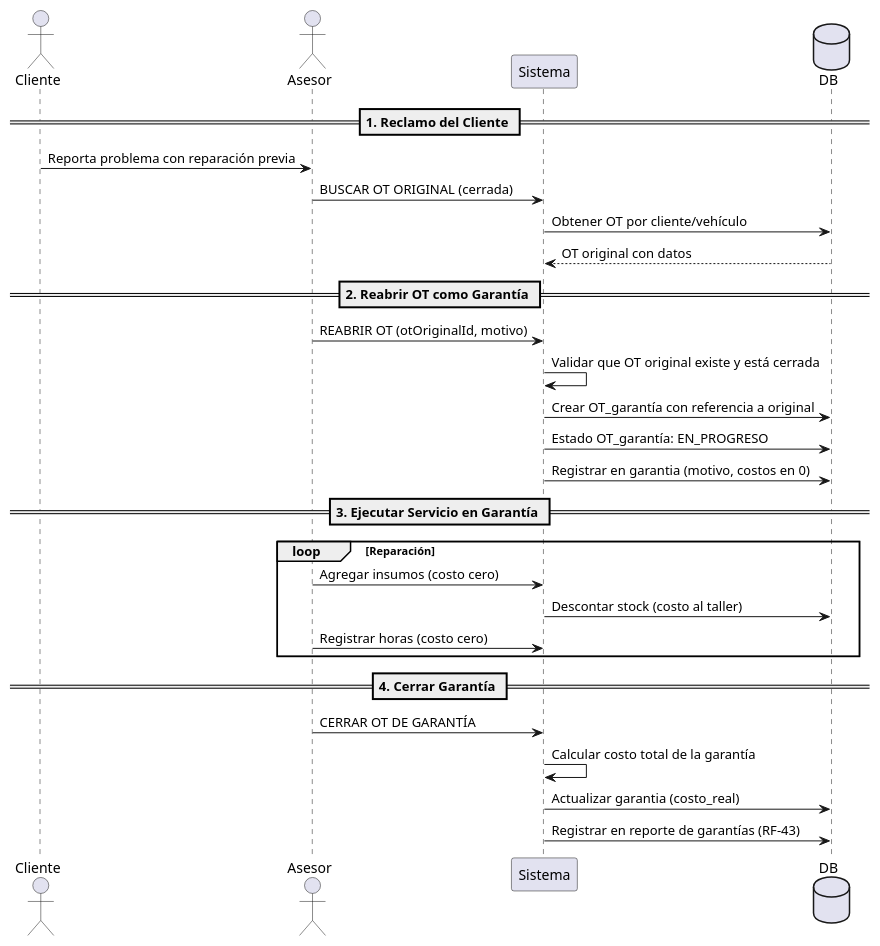
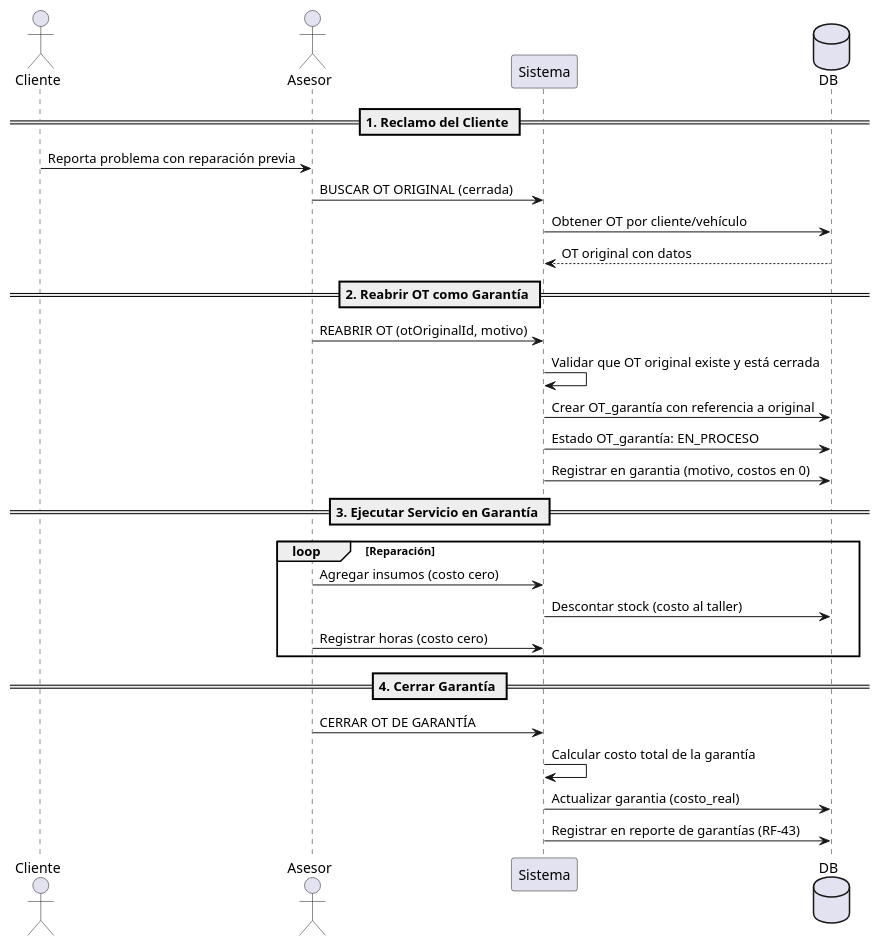
Before and after one commit to DominidM/LUNORION_LABS_Backend: the sixth of 7 diagrams in documentacion/docs/11-diagramas-secuencia.md, drawn with PlantUML. The commit also changed other lines of this file and 12 other files, not shown here.

````diff
--- a/documentacion/docs/11-diagramas-secuencia.md
+++ b/documentacion/docs/11-diagramas-secuencia.md
@@ -306,36 +308,36 @@
 ```plantuml
 @startuml Garantia
 
 actor Cliente as cli
 actor Asesor as asesor
 participant "Sistema" as sist
 database DB as db
 
 == 1. Reclamo del Cliente ==
 cli -> asesor: Reporta problema con reparación previa
 asesor -> sist: BUSCAR OT ORIGINAL (cerrada)
 sist -> db: Obtener OT por cliente/vehículo
 db --> sist: OT original con datos
 
 == 2. Reabrir OT como Garantía ==
 asesor -> sist: REABRIR OT (otOriginalId, motivo)
 sist -> sist: Validar que OT original existe y está cerrada
 sist -> db: Crear OT_garantía con referencia a original
-sist -> db: Estado OT_garantía: EN_PROGRESO
+sist -> db: Estado OT_garantía: EN_PROCESO
 sist -> db: Registrar en garantia (motivo, costos en 0)
 
 == 3. Ejecutar Servicio en Garantía ==
 loop Reparación
   asesor -> sist: Agregar insumos (costo cero)
   sist -> db: Descontar stock (costo al taller)
   asesor -> sist: Registrar horas (costo cero)
 end
 
 == 4. Cerrar Garantía ==
 asesor -> sist: CERRAR OT DE GARANTÍA
 sist -> sist: Calcular costo total de la garantía
 sist -> db: Actualizar garantia (costo_real)
 sist -> db: Registrar en reporte de garantías (RF-43)
 
 @enduml
 ```
````
